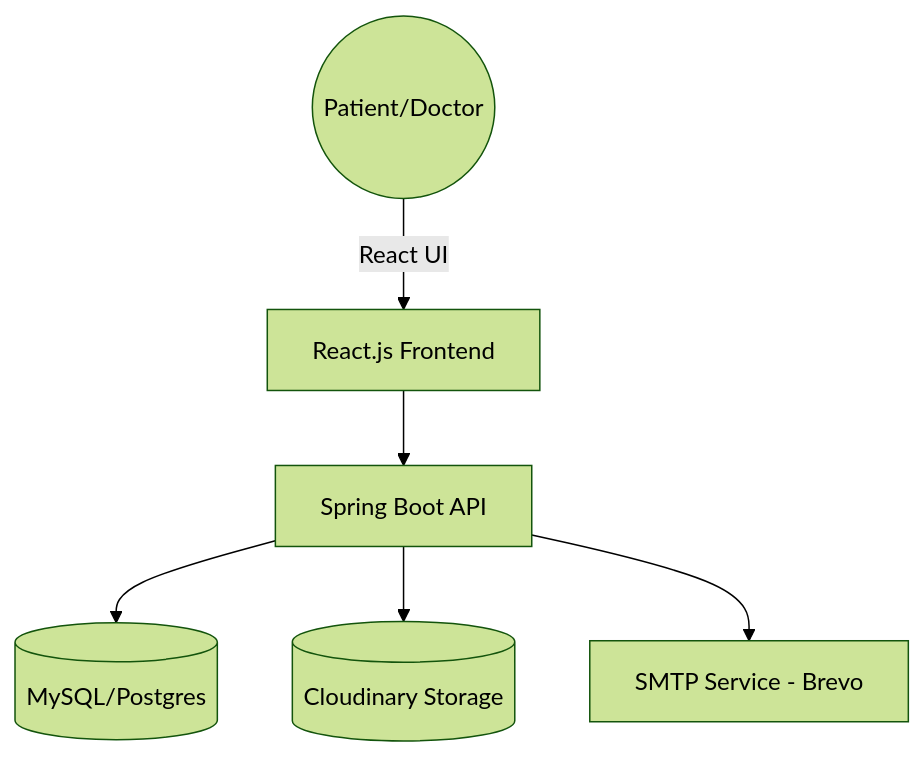
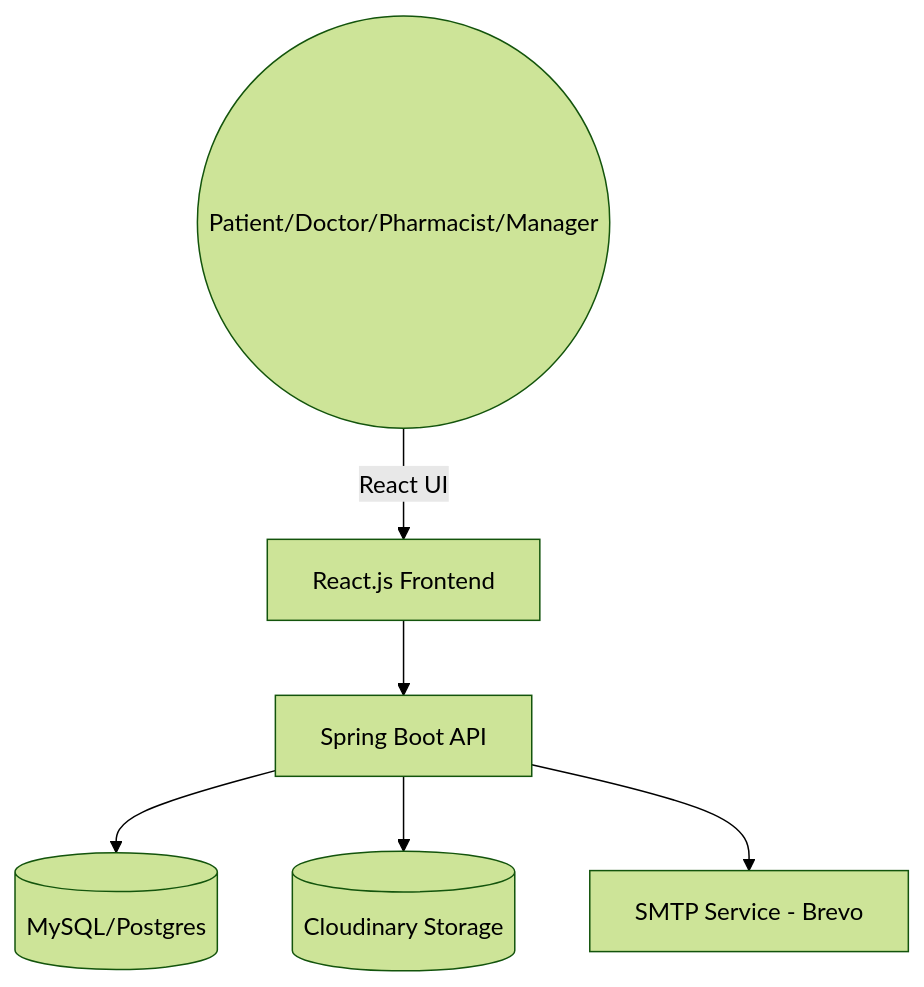
Before and after one commit to DhruvGupta130/AyuMed: the diagram in README.md, drawn with Mermaid (forest theme).

Commit message:
Project Updated

````diff
--- a/README.md
+++ b/README.md
@@ -145,8 +145,8 @@
 ```mermaid
 flowchart TD
-    User((Patient/Doctor)) -->|React UI| Frontend[React.js Frontend]
+    User((Patient/Doctor/Pharmacist/Manager)) -->|React UI| Frontend[React.js Frontend]
     Frontend --> Backend[Spring Boot API]
     Backend --> DB[(MySQL/Postgres)]
     Backend --> Cloudinary[(Cloudinary Storage)]
     Backend --> Email[SMTP Service - Brevo]
 ```
````
